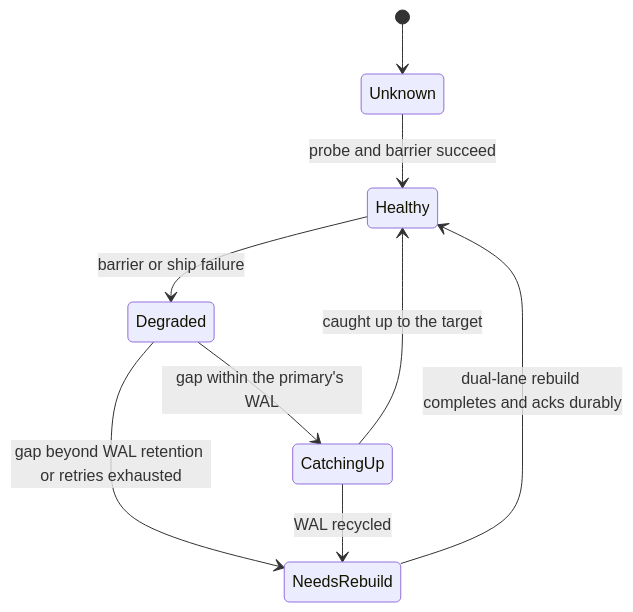
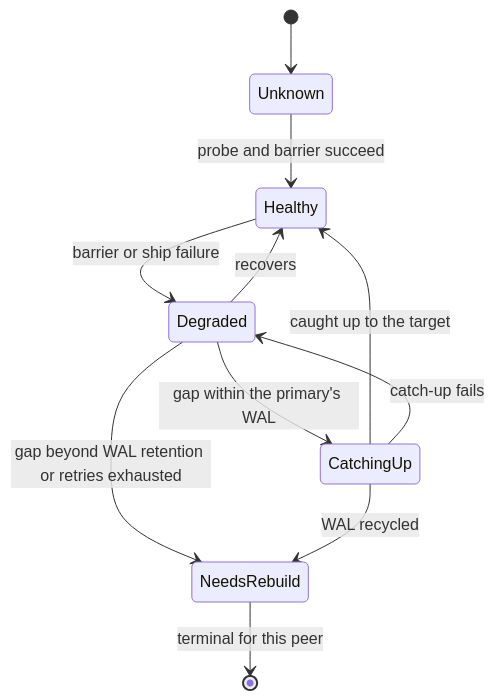
The sixth of 6 diagrams in docs/design/block-design.md (seaweedfs/seaweed-block), drawn with Mermaid before and after one commit. The commit also changed other lines of this file and 33 other files, not shown here.

First line of the commit message:
docs: delete outdated docs, simplify the rest, and split the design reference with diagrams

````diff
--- a/docs/design/block-design.md
+++ b/docs/design/block-design.md
@@ -250,11 +276,13 @@
 ```mermaid
 stateDiagram-v2
   [*] --> Unknown
   Unknown --> Healthy: probe and barrier succeed
   Healthy --> Degraded: barrier or ship failure
   Degraded --> CatchingUp: gap within the primary's WAL
   CatchingUp --> Healthy: caught up to the target
+  CatchingUp --> Degraded: catch-up fails
+  Degraded --> Healthy: recovers
   Degraded --> NeedsRebuild: gap beyond WAL retention or retries exhausted
   CatchingUp --> NeedsRebuild: WAL recycled
-  NeedsRebuild --> Healthy: dual-lane rebuild completes and acks durably
+  NeedsRebuild --> [*]: terminal for this peer
 ```
````
